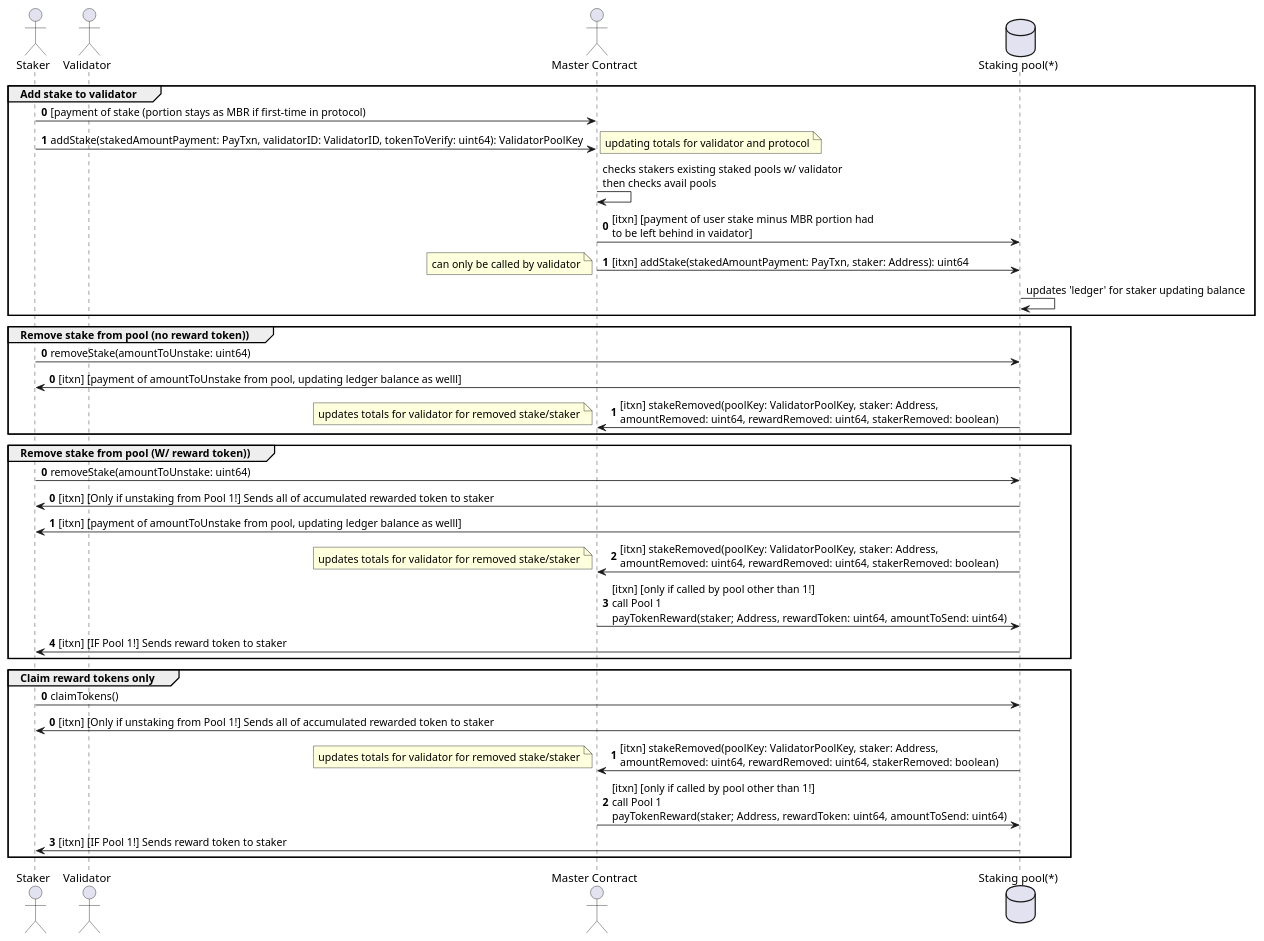
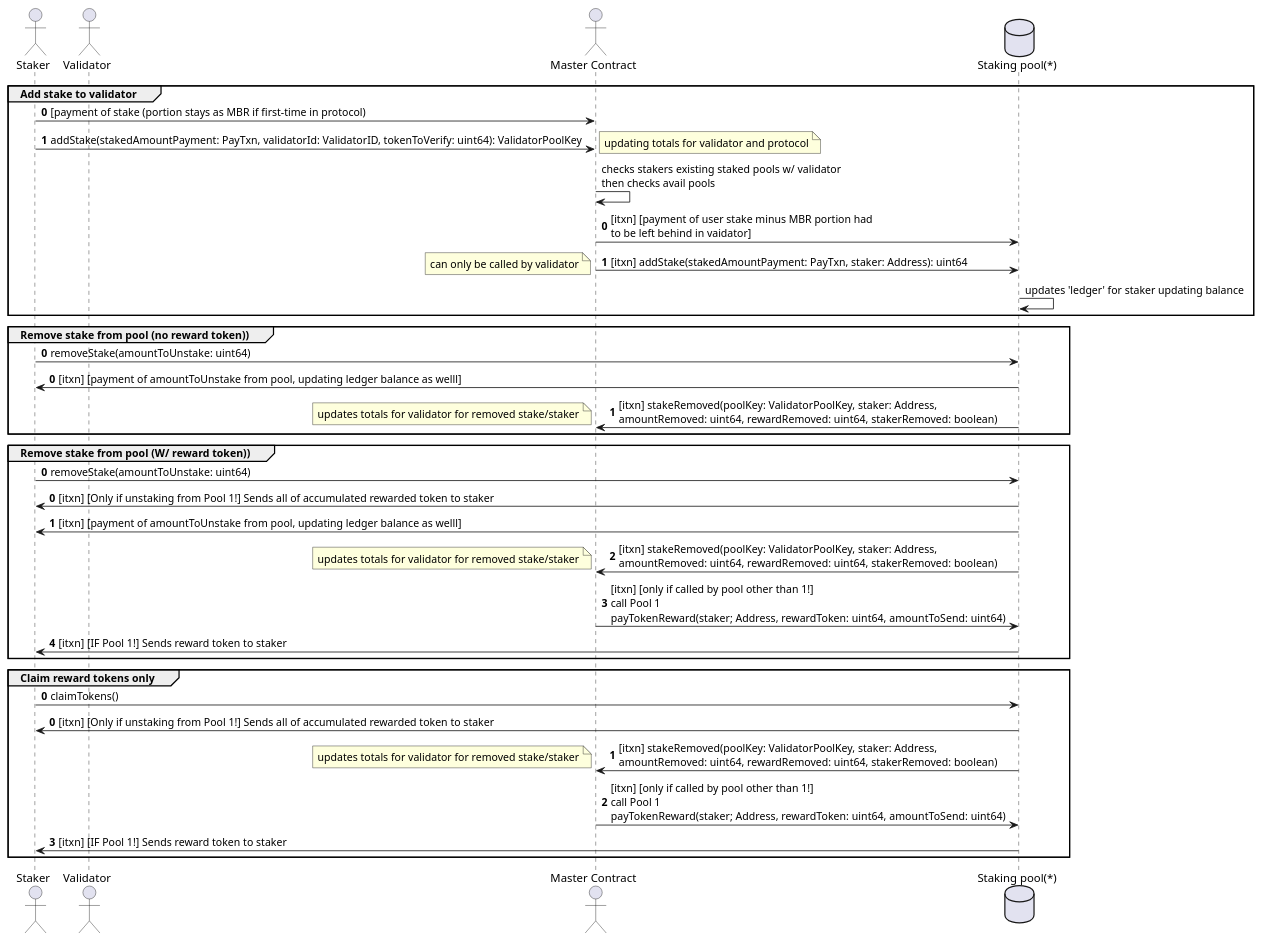
Before and after one commit to TxnLab/reti: the diagram in docs/.gitbook/assets/staker.puml, drawn with PlantUML. The commit also changed 59 other files, not shown here.

```diff
--- a/docs/.gitbook/assets/staker.puml
+++ b/docs/.gitbook/assets/staker.puml
@@ -1,49 +1,49 @@
 @startuml
 actor "Staker" as staker
 actor "Validator" as validator
 actor "Master Contract" as master
 database "Staking pool(*)" as pool
 group Add stake to validator
 autonumber 0
 staker -> master: [payment of stake (portion stays as MBR if first-time in protocol)
-staker -> master:  addStake(stakedAmountPayment: PayTxn, validatorID: ValidatorID, tokenToVerify: uint64): ValidatorPoolKey
+staker -> master:  addStake(stakedAmountPayment: PayTxn, validatorId: ValidatorID, tokenToVerify: uint64): ValidatorPoolKey
 note right: updating totals for validator and protocol
 autonumber stop
 master -> master: checks stakers existing staked pools w/ validator\nthen checks avail pools
 autonumber 0
 master -> pool: [itxn] [payment of user stake minus MBR portion had\nto be left behind in vaidator]
 master -> pool: [itxn] addStake(stakedAmountPayment: PayTxn, staker: Address): uint64
 note left: can only be called by validator
 autonumber stop
 pool -> pool: updates 'ledger' for staker updating balance
 end
 group Remove stake from pool (no reward token))
 autonumber 0
 staker -> pool: removeStake(amountToUnstake: uint64)
 autonumber 0
 pool -> staker: [itxn] [payment of amountToUnstake from pool, updating ledger balance as welll]
 pool -> master: [itxn] stakeRemoved(poolKey: ValidatorPoolKey, staker: Address,\namountRemoved: uint64, rewardRemoved: uint64, stakerRemoved: boolean)
 note left: updates totals for validator for removed stake/staker
 end
 group Remove stake from pool (W/ reward token))
 autonumber 0
 staker -> pool: removeStake(amountToUnstake: uint64)
 autonumber 0
 pool -> staker: [itxn] [Only if unstaking from Pool 1!] Sends all of accumulated rewarded token to staker
 pool -> staker: [itxn] [payment of amountToUnstake from pool, updating ledger balance as welll]
 pool -> master: [itxn] stakeRemoved(poolKey: ValidatorPoolKey, staker: Address,\namountRemoved: uint64, rewardRemoved: uint64, stakerRemoved: boolean)
 note left: updates totals for validator for removed stake/staker
 master -> pool: [itxn] [only if called by pool other than 1!]\ncall Pool 1\npayTokenReward(staker; Address, rewardToken: uint64, amountToSend: uint64)
 pool -> staker: [itxn] [IF Pool 1!] Sends reward token to staker
 end
 group Claim reward tokens only
 autonumber 0
 staker -> pool: claimTokens()
 autonumber 0
 pool -> staker: [itxn] [Only if unstaking from Pool 1!] Sends all of accumulated rewarded token to staker
 pool -> master: [itxn] stakeRemoved(poolKey: ValidatorPoolKey, staker: Address,\namountRemoved: uint64, rewardRemoved: uint64, stakerRemoved: boolean)
 note left: updates totals for validator for removed stake/staker
 master -> pool: [itxn] [only if called by pool other than 1!]\ncall Pool 1\npayTokenReward(staker; Address, rewardToken: uint64, amountToSend: uint64)
 pool -> staker: [itxn] [IF Pool 1!] Sends reward token to staker
 end
 @enduml
```
